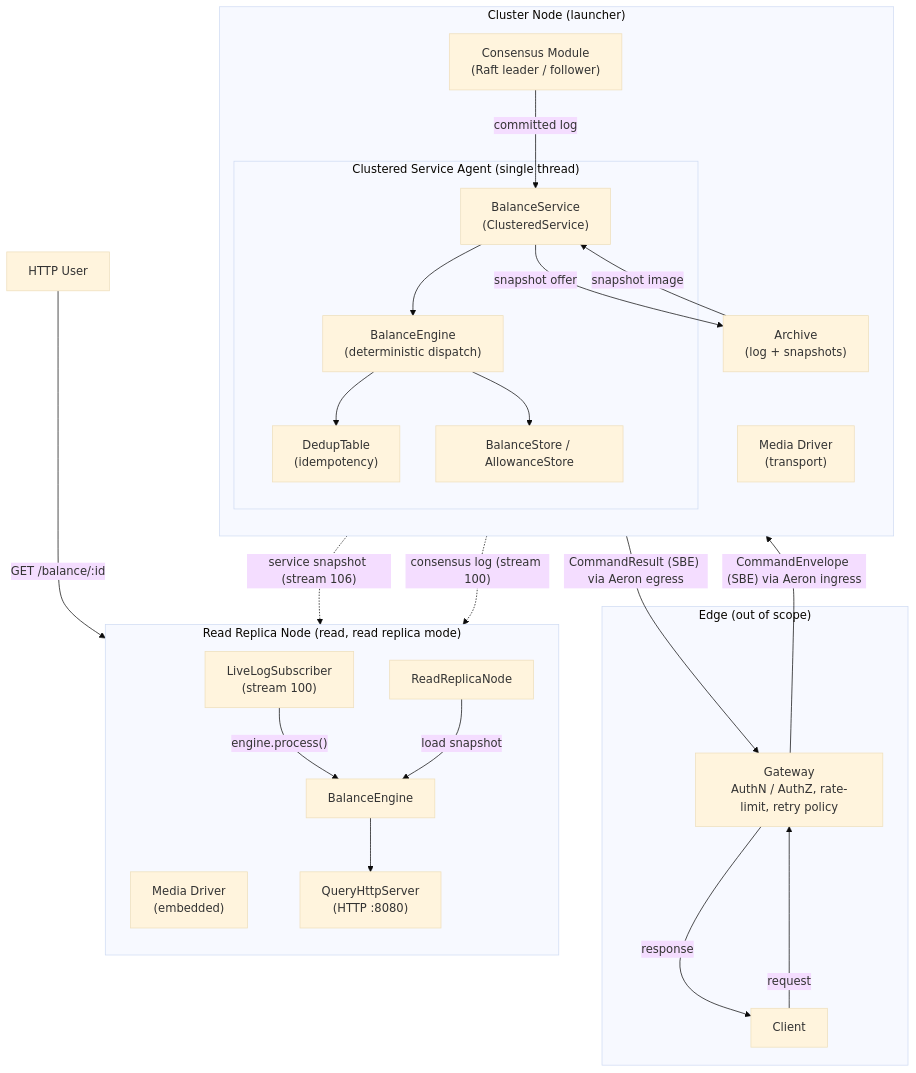
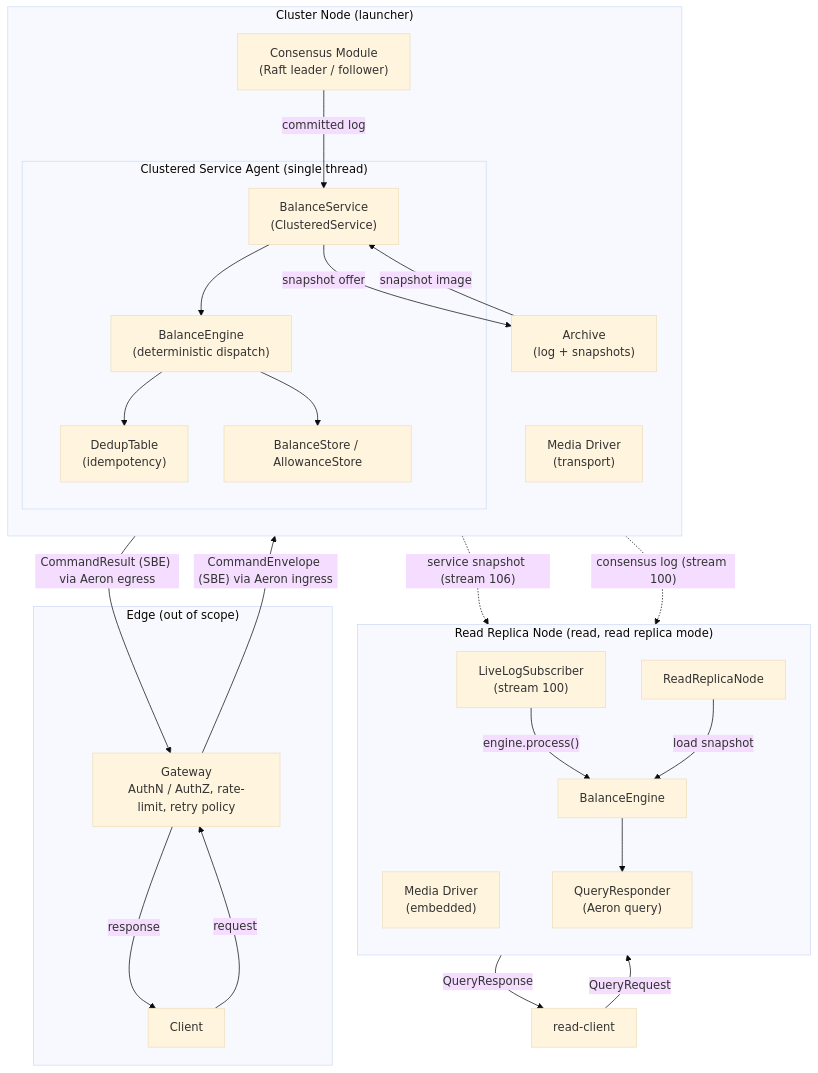
Before and after one commit to justrade-io/ledgerd: the first of 8 diagrams in docs/ARCHITECTURE.md, drawn with Mermaid (base theme). The commit also changed other lines of this file and 82 other files, not shown here.

First line of the commit message:
Refactor Read Replica Tests to Use ReadClient and Remove HTTP Dependencies

````diff
--- a/docs/ARCHITECTURE.md
+++ b/docs/ARCHITECTURE.md
@@ -167,47 +154,48 @@
 ```mermaid
 flowchart TB
     subgraph EDGE["Edge (out of scope)"]
         CLIENT["Client"]
         GW["Gateway\nAuthN / AuthZ, rate-limit, retry policy"]
     end
 
     subgraph NODE["Cluster Node (launcher)"]
         direction TB
         MD["Media Driver\n(transport)"]
         CM["Consensus Module\n(Raft leader / follower)"]
         AR["Archive\n(log + snapshots)"]
         subgraph SC["Clustered Service Agent (single thread)"]
             BS["BalanceService\n(ClusteredService)"]
             BE["BalanceEngine\n(deterministic dispatch)"]
             DT["DedupTable\n(idempotency)"]
             BM["BalanceStore / AllowanceStore"]
             BS --> BE
             BE --> DT
             BE --> BM
         end
         CM -->|" committed log "| BS
         BS -->|" snapshot offer "| AR
         AR -->|" snapshot image "| BS
     end
 
     subgraph READ["Read Replica Node (read, read replica mode)"]
         direction TB
         MD2["Media Driver\n(embedded)"]
         SB["ReadReplicaNode"]
         LLS["LiveLogSubscriber\n(stream 100)"]
         BE2["BalanceEngine"]
-        QS["QueryHttpServer\n(HTTP :8080)"]
+        QS["QueryResponder\n(Aeron query)"]
         AR -.->|" service snapshot (stream 106) "| SB
         AR -.->|" consensus log (stream 100) "| LLS
         LLS -->|" engine.process() "| BE2
         SB -->|" load snapshot "| BE2
         BE2 --> QS
     end
 
     CLIENT -->|" request "| GW
     GW -->|" CommandEnvelope (SBE) via Aeron ingress "| CM
     BS -->|" CommandResult (SBE) via Aeron egress "| GW
     GW -->|" response "| CLIENT
 
-    USER["HTTP User"] -->|" GET /balance/:id "| QS
+    RC["read-client"] -->|" QueryRequest "| QS
+    QS -->|" QueryResponse "| RC
 ```
````
